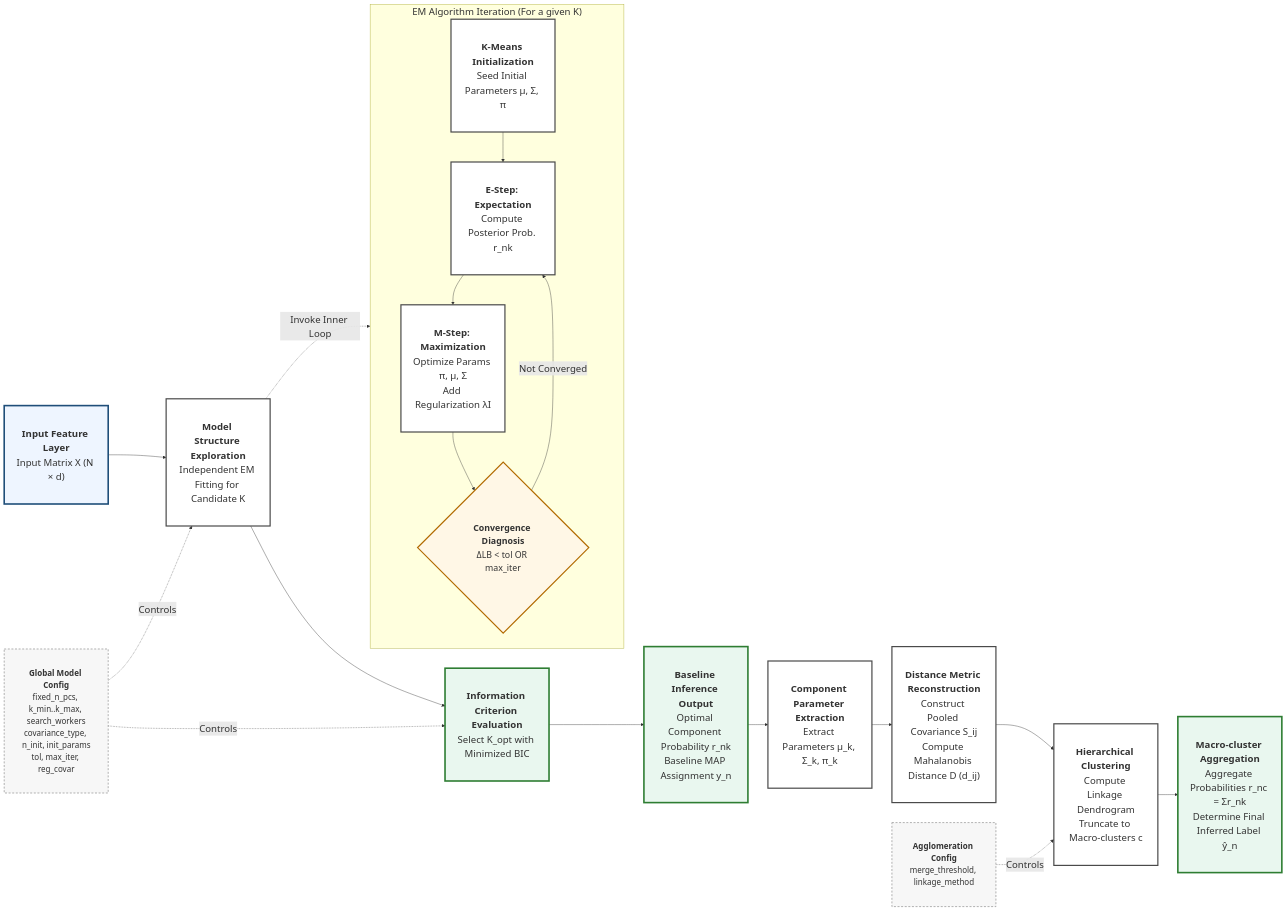
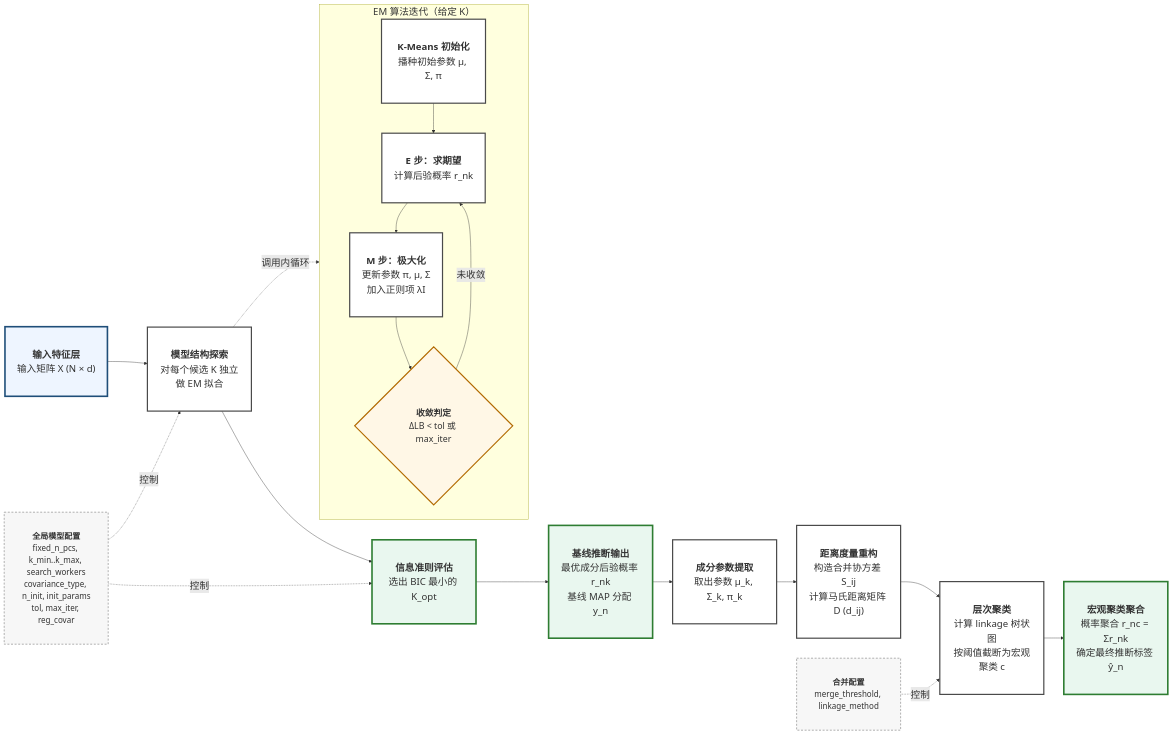
Before and after one commit to ZhaoTie-re/PopGMM: the diagram in gmm_convergence_diagram.CN.md, drawn with Mermaid. The commit also changed other lines of this file and 1 other file, not shown here.

````diff
--- a/gmm_convergence_diagram.CN.md
+++ b/gmm_convergence_diagram.CN.md
@@ -5,40 +10,40 @@
 ```mermaid
 %%{init: {'theme': 'default', 'themeVariables': {'fontSize': '24px', 'fontFamily': 'Arial, sans-serif'}}}%%
 flowchart LR
     %% PPT main figure: compact, parameter-aligned, big-font friendly
     classDef in fill:#eef5ff,stroke:#1f4e79,stroke-width:4px,font-size:24px,padding:16px;
     classDef step fill:#ffffff,stroke:#4a4a4a,stroke-width:3px,font-size:24px,padding:16px;
     classDef decision fill:#fff7e6,stroke:#b26a00,stroke-width:3px,font-size:22px,padding:16px;
     classDef out fill:#e9f7ef,stroke:#2e7d32,stroke-width:4px,font-size:24px,padding:16px;
     classDef param fill:#f7f7f7,stroke:#9e9e9e,stroke-width:2px,stroke-dasharray: 5 4,font-size:20px,padding:12px;
 
-    A0["<b>Input Feature Layer</b><br/>Input Matrix X (N × d)"]:::in
-    A3["<b>Model Structure Exploration</b><br/>Independent EM Fitting for Candidate K"]:::step
-    A4["<b>Information Criterion Evaluation</b><br/>Select K_opt with Minimized BIC"]:::out
-    A5["<b>Baseline Inference Output</b><br/>Optimal Component Probability r_nk<br/>Baseline MAP Assignment y_n"]:::out
+    A0["<b>输入特征层</b><br/>输入矩阵 X (N × d)"]:::in
+    A3["<b>模型结构探索</b><br/>对每个候选 K 独立做 EM 拟合"]:::step
+    A4["<b>信息准则评估</b><br/>选出 BIC 最小的 K_opt"]:::out
+    A5["<b>基线推断输出</b><br/>最优成分后验概率 r_nk<br/>基线 MAP 分配 y_n"]:::out
 
-    A6["<b>Component Parameter Extraction</b><br/>Extract Parameters μ_k, Σ_k, π_k"]:::step
-    A7["<b>Distance Metric Reconstruction</b><br/>Construct Pooled Covariance S_ij<br/>Compute Mahalanobis Distance D (d_ij)"]:::step
-    A8["<b>Hierarchical Clustering</b><br/>Compute Linkage Dendrogram<br/>Truncate to Macro-clusters c"]:::step
-    A9["<b>Macro-cluster Aggregation</b><br/>Aggregate Probabilities r_nc = Σr_nk<br/>Determine Final Inferred Label ŷ_n"]:::out
+    A6["<b>成分参数提取</b><br/>取出参数 μ_k, Σ_k, π_k"]:::step
+    A7["<b>距离度量重构</b><br/>构造合并协方差 S_ij<br/>计算马氏距离矩阵 D (d_ij)"]:::step
+    A8["<b>层次聚类</b><br/>计算 linkage 树状图<br/>按阈值截断为宏观聚类 c"]:::step
+    A9["<b>宏观聚类聚合</b><br/>概率聚合 r_nc = Σr_nk<br/>确定最终推断标签 ŷ_n"]:::out
 
     A0 --> A3 --> A4 --> A5
     A5 --> A6 --> A7 --> A8 --> A9
 
-    subgraph EMmini["EM Algorithm Iteration (For a given K)"]
-        Init["<b>K-Means Initialization</b><br/>Seed Initial Parameters μ, Σ, π"]:::step
-        E1["<b>E-Step: Expectation</b><br/>Compute Posterior Prob. r_nk"]:::step
-        M1["<b>M-Step: Maximization</b><br/>Optimize Params π, μ, Σ<br/>Add Regularization λI"]:::step
-        Stop{"<b>Convergence Diagnosis</b><br/>ΔLB < tol OR max_iter"}:::decision
+    subgraph EMmini["EM 算法迭代（给定 K）"]
+        Init["<b>K-Means 初始化</b><br/>播种初始参数 μ, Σ, π"]:::step
+        E1["<b>E 步：求期望</b><br/>计算后验概率 r_nk"]:::step
+        M1["<b>M 步：极大化</b><br/>更新参数 π, μ, Σ<br/>加入正则项 λI"]:::step
+        Stop{"<b>收敛判定</b><br/>ΔLB < tol 或 max_iter"}:::decision
         Init --> E1 --> M1 --> Stop
-        Stop -- "Not Converged" --> E1
+        Stop -- "未收敛" --> E1
     end
 
-    A3 -. "Invoke Inner Loop" .-> EMmini
+    A3 -. "调用内循环" .-> EMmini
 
-    P["<b>Global Model Config</b><br/>fixed_n_pcs, k_min..k_max, search_workers<br/>covariance_type, n_init, init_params<br/>tol, max_iter, reg_covar"]:::param
-    M["<b>Agglomeration Config</b><br/>merge_threshold, linkage_method"]:::param
-    P -. "Controls" .-> A3
-    P -. "Controls" .-> A4
-    M -. "Controls" .-> A8
+    P["<b>全局模型配置</b><br/>fixed_n_pcs, k_min..k_max, search_workers<br/>covariance_type, n_init, init_params<br/>tol, max_iter, reg_covar"]:::param
+    M["<b>合并配置</b><br/>merge_threshold, linkage_method"]:::param
+    P -. "控制" .-> A3
+    P -. "控制" .-> A4
+    M -. "控制" .-> A8
 ```
````
